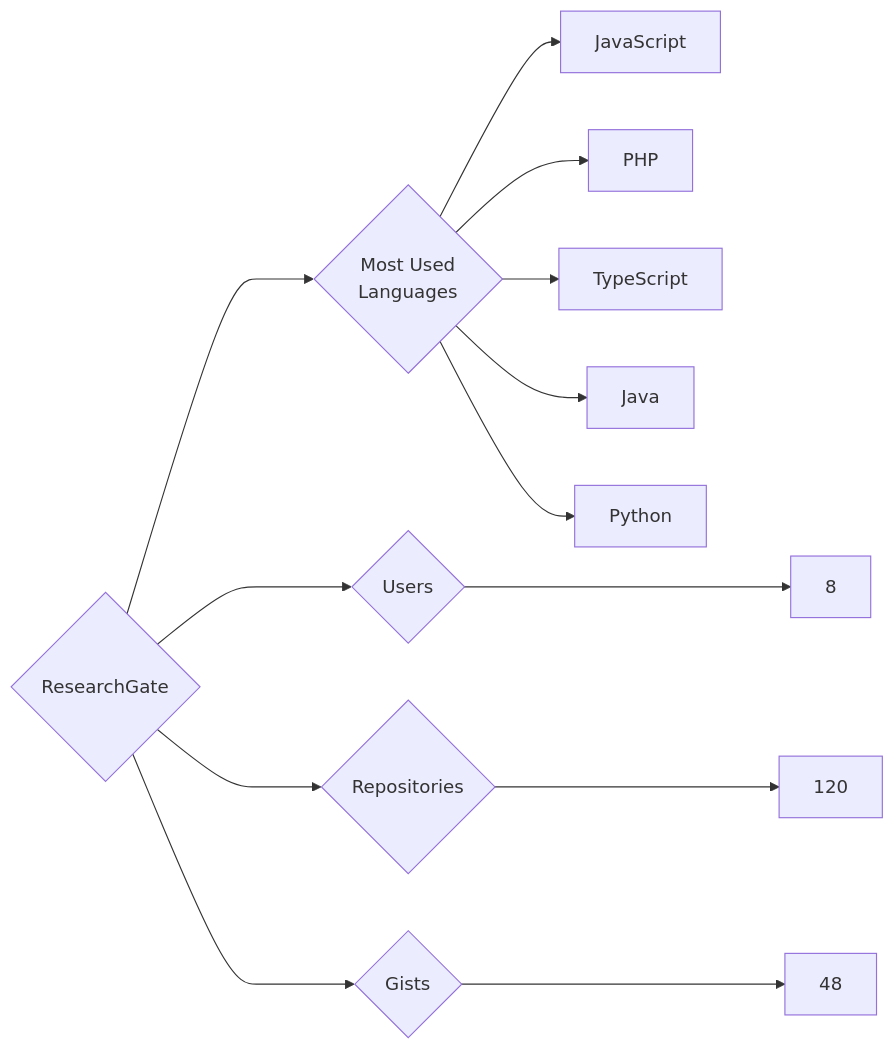
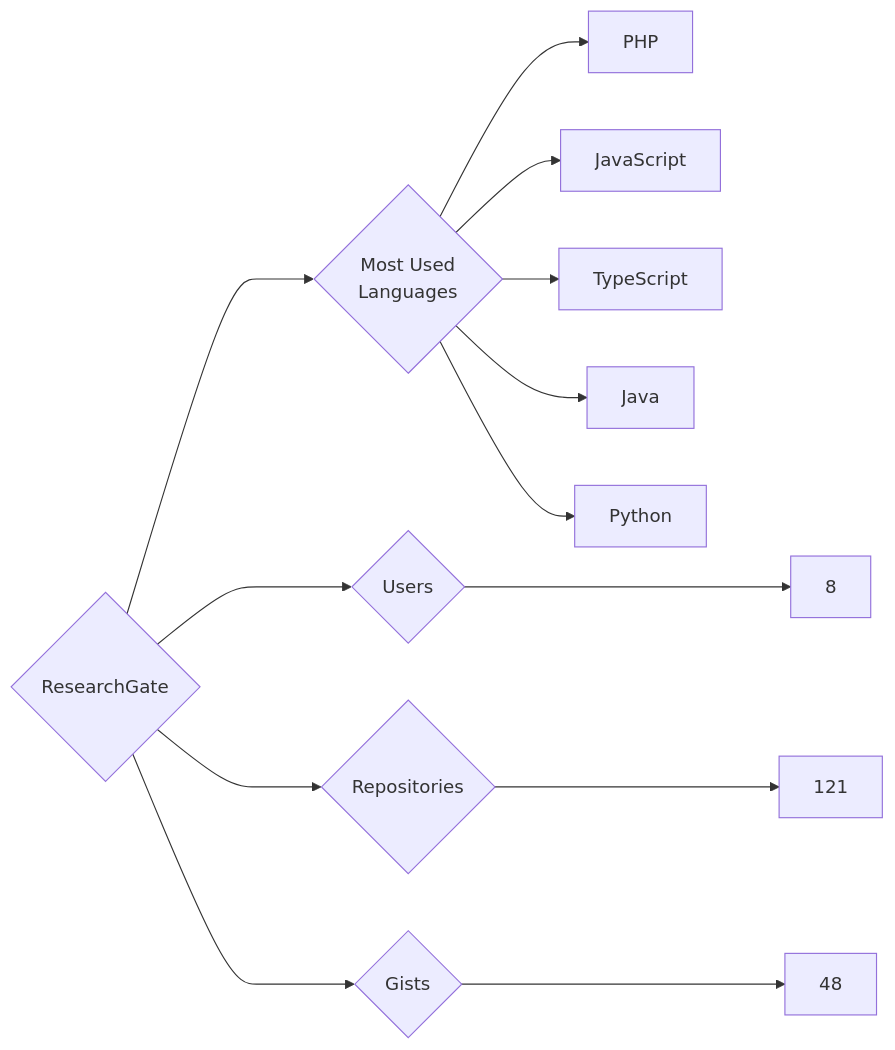
The diagram in targets/ResearchGate/README.md (trickest/insiders), drawn with Mermaid before and after one commit. The commit also changed 444 other files, not shown here.

````diff
--- a/targets/ResearchGate/README.md
+++ b/targets/ResearchGate/README.md
@@ -3,13 +3,13 @@
 ```mermaid
 graph LR
 COMPANY_NAME{ResearchGate}
 COMPANY_NAME ---> U{Users} ---> UN[8]
-COMPANY_NAME ---> R{Repositories} ---> RN[120]
+COMPANY_NAME ---> R{Repositories} ---> RN[121]
 COMPANY_NAME ---> G{Gists} ---> GN[48]
 COMPANY_NAME ---> ML{Most Used<br>Languages}
+ML --> PHP[PHP]
 ML --> JavaScript[JavaScript]
-ML --> PHP[PHP]
 ML --> TypeScript[TypeScript]
 ML --> Java[Java]
 ML --> Python[Python]
 ```
````
